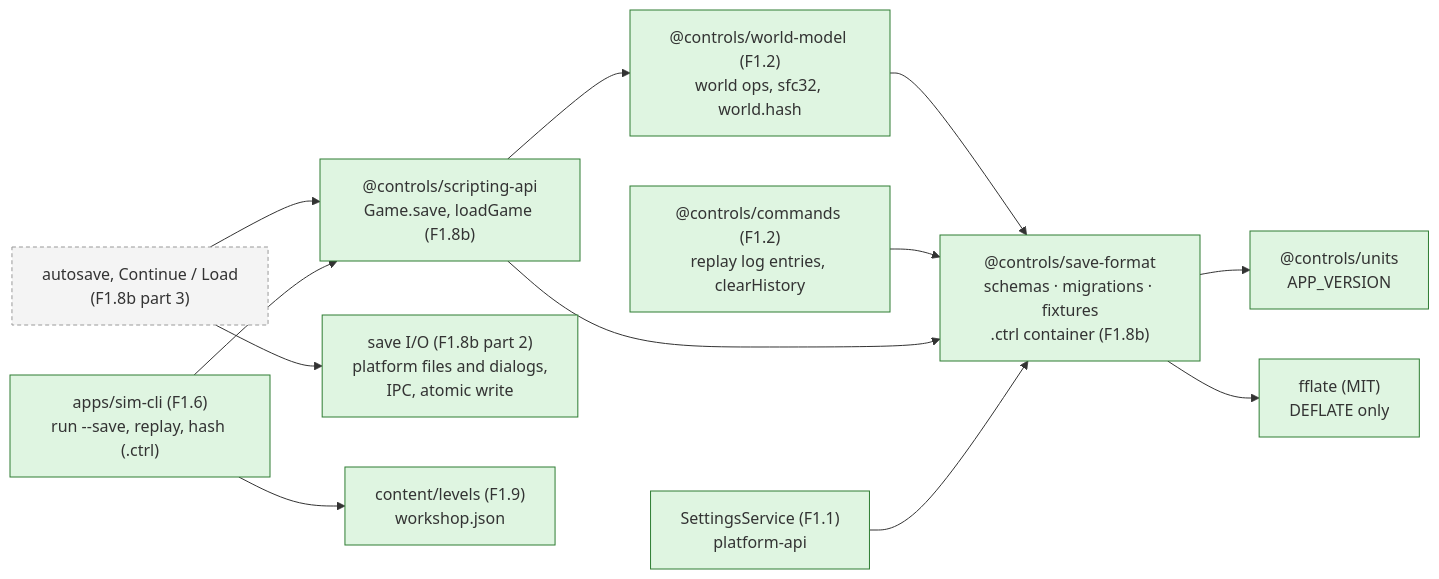
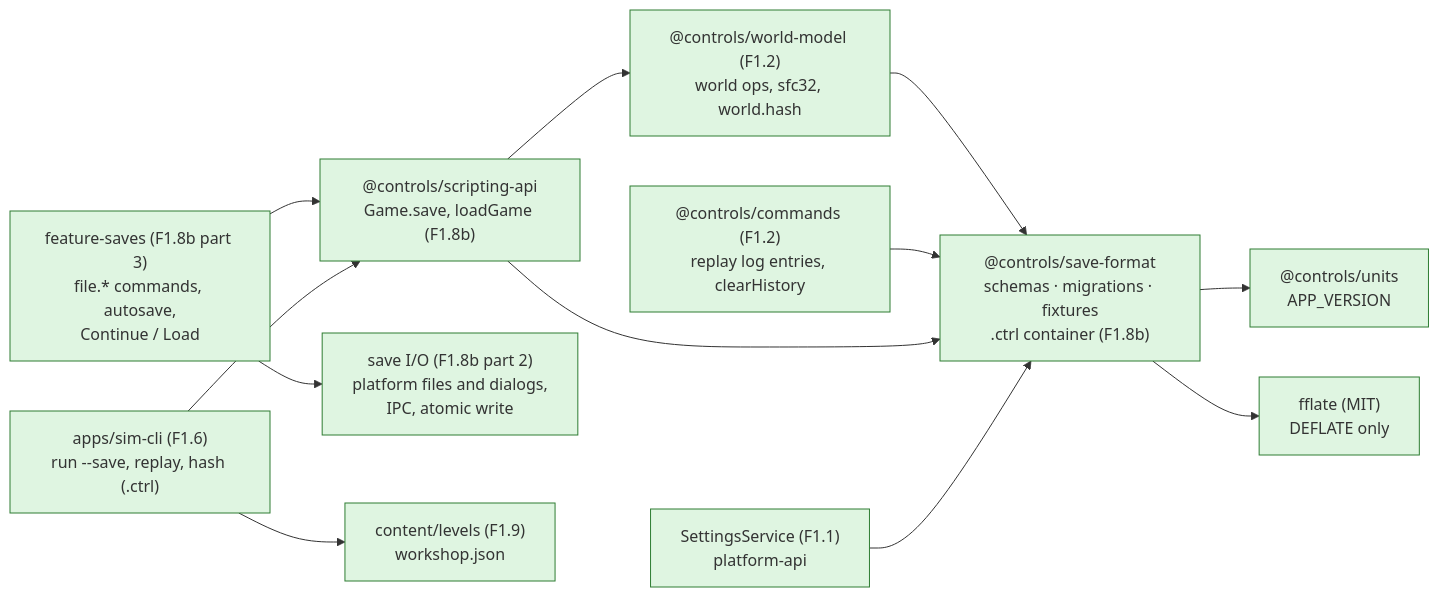
One commit to joebarbere/controls changed the sixth of 9 diagrams in docs/architecture/world-and-saves.md. Above: the diagram before and after it, drawn with Mermaid. The commit also changed other lines of this file and 56 other files, not shown here.

First line of the commit message:
feat(saves): F1.8b part 3, save and load through the session, autosave, Continue and Load (#24)

````diff
--- a/docs/architecture/world-and-saves.md
+++ b/docs/architecture/world-and-saves.md
@@ -199,29 +199,29 @@
 ```mermaid
 flowchart LR
     classDef done fill:#dff5e1,stroke:#2e7d32;
     classDef later fill:#f4f4f4,stroke:#999,stroke-dasharray: 4 3;
 
     SF["@controls/save-format<br/>schemas · migrations · fixtures<br/>.ctrl container (F1.8b)"]:::done
     FF["fflate (MIT)<br/>DEFLATE only"]:::done
     UNITS["@controls/units<br/>APP_VERSION"]:::done
     WM["@controls/world-model (F1.2)<br/>world ops, sfc32, world.hash"]:::done
     CMD["@controls/commands (F1.2)<br/>replay log entries, clearHistory"]:::done
     API["@controls/scripting-api<br/>Game.save, loadGame (F1.8b)"]:::done
     IO["save I/O (F1.8b part 2)<br/>platform files and dialogs,<br/>IPC, atomic write"]:::done
-    UI["autosave, Continue / Load<br/>(F1.8b part 3)"]:::later
+    UI["feature-saves (F1.8b part 3)<br/>file.* commands, autosave,<br/>Continue / Load"]:::done
     SET["SettingsService (F1.1)<br/>platform-api"]:::done
     CLI["apps/sim-cli (F1.6)<br/>run --save, replay, hash (.ctrl)"]:::done
     LVL["content/levels (F1.9)<br/>workshop.json"]:::done
 
     SF --> UNITS
     SF --> FF
     WM --> SF
     CMD --> SF
     API --> WM
     API --> SF
     UI --> API
     UI --> IO
     SET --> SF
     CLI --> API
     CLI --> LVL
 ```
````
